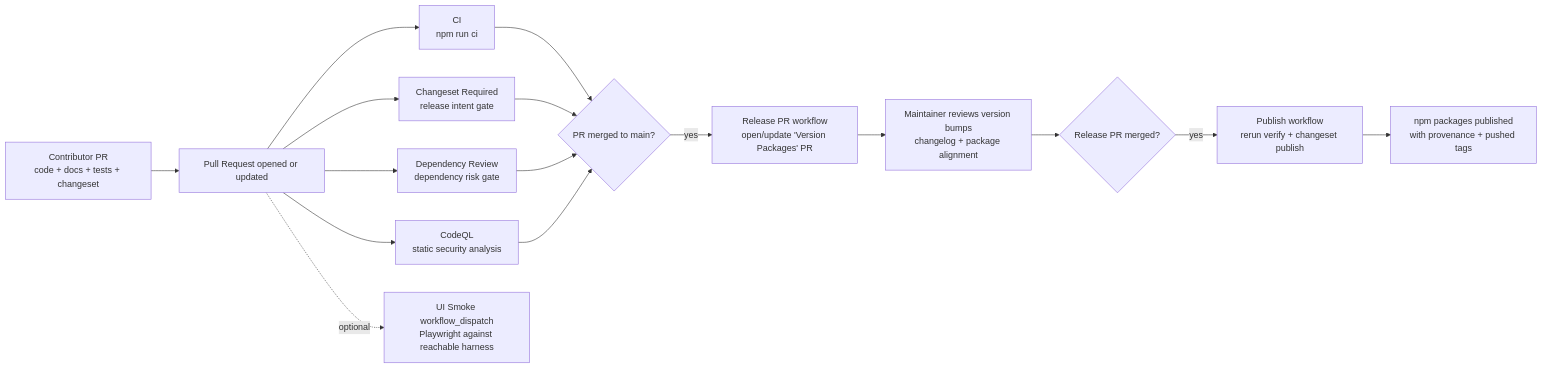
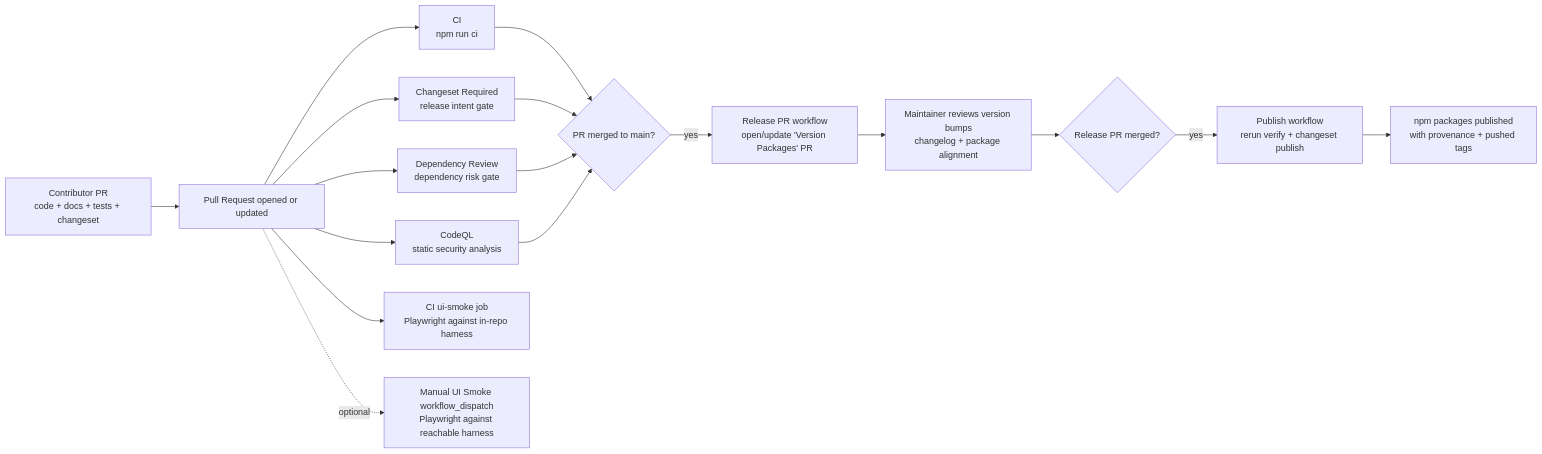
The diagram in docs/releasing.md (PrimeDX/backstage-access-tokens-plugin), drawn with Mermaid before and after one commit. The commit also changed other lines of this file and 62 other files, not shown here.

Commit message:
test(ci): run ui smoke with playwright-managed harness in CI

````diff
--- a/docs/releasing.md
+++ b/docs/releasing.md
@@ -41,18 +42,19 @@
 ```mermaid
 flowchart LR
   A["Contributor PR<br/>code + docs + tests + changeset"] --> B["Pull Request opened or updated"]
   B --> C["CI<br/>npm run ci"]
   B --> D["Changeset Required<br/>release intent gate"]
   B --> E["Dependency Review<br/>dependency risk gate"]
   B --> M["CodeQL<br/>static security analysis"]
   C --> F{"PR merged to main?"}
   D --> F
   E --> F
   M --> F
   F -- "yes" --> G["Release PR workflow<br/>open/update 'Version Packages' PR"]
   G --> H["Maintainer reviews version bumps<br/>changelog + package alignment"]
   H --> I{"Release PR merged?"}
   I -- "yes" --> J["Publish workflow<br/>rerun verify + changeset publish"]
   J --> K["npm packages published<br/>with provenance + pushed tags"]
-  B -. "optional" .-> L["UI Smoke workflow_dispatch<br/>Playwright against reachable harness"]
+  B --> N["CI ui-smoke job<br/>Playwright against in-repo harness"]
+  B -. "optional" .-> L["Manual UI Smoke workflow_dispatch<br/>Playwright against reachable harness"]
 ```
````
